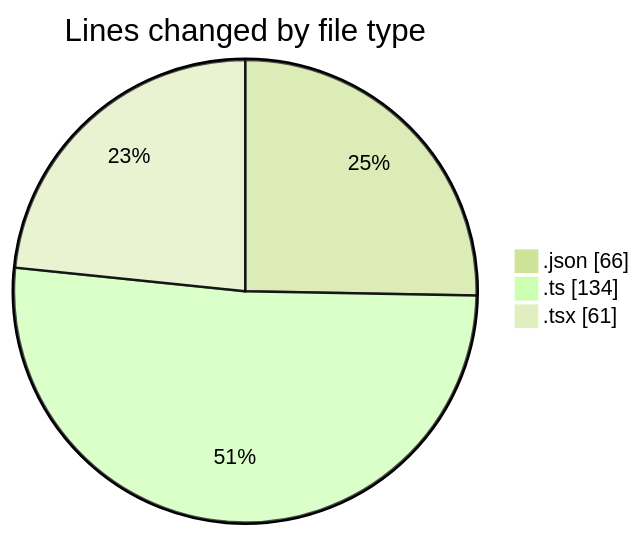
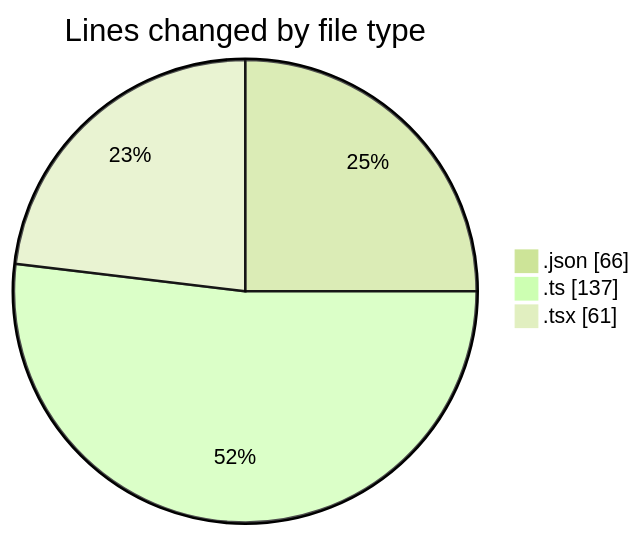
The first of 2 diagrams in 2025-05-09/cda/README.md (momahboobian/code-tracking), drawn with Mermaid (forest theme) before and after one commit. The commit also changed other lines of this file and 1 other file, not shown here.

````diff
--- a/2025-05-09/cda/README.md
+++ b/2025-05-09/cda/README.md
@@ -22,7 +22,7 @@
 ```mermaid
 pie showData
 title Lines changed by file type
 ".json" : 66
-".ts" : 134
+".ts" : 137
 ".tsx" : 61
 ```
````
